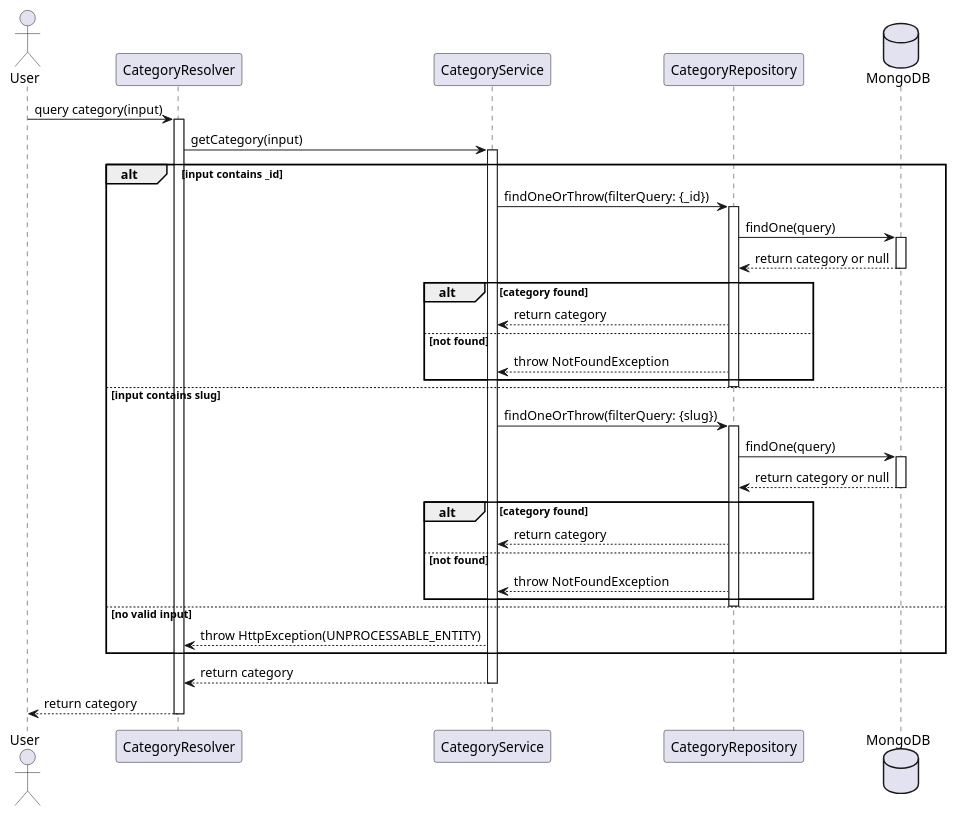
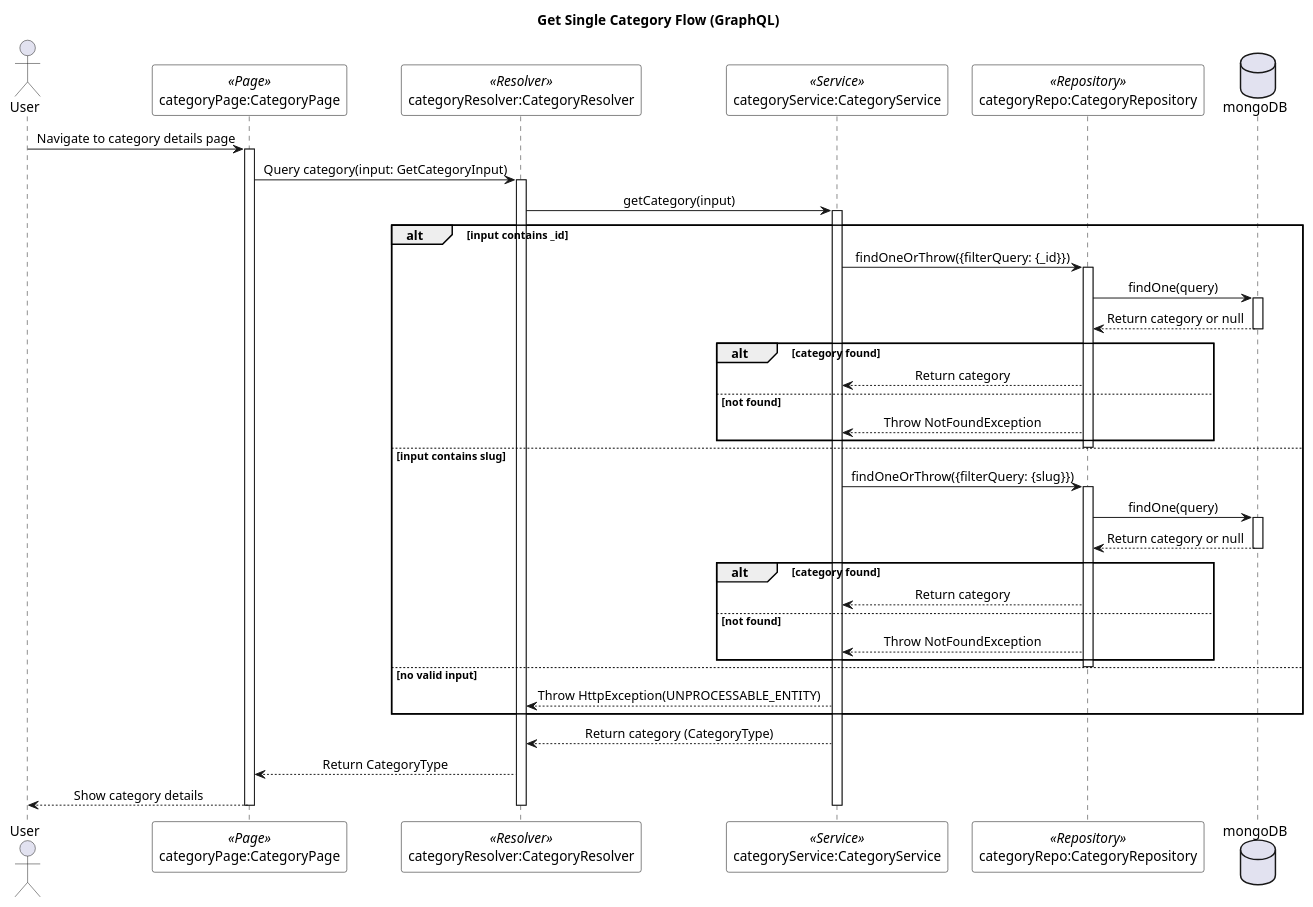
One commit to lehuygiang28/vphim changed the diagram in documents/diagram/sequences/categories/category_get_category.puml. Above: the diagram before and after it, drawn with PlantUML. The commit also changed other lines of this file and 4 other files, not shown here.

First line of the commit message:
refactor(diagrams/sequences/categories): 🛠️ update category management flow diagrams

```diff
--- a/documents/diagram/sequences/categories/category_get_category.puml
+++ b/documents/diagram/sequences/categories/category_get_category.puml
@@ -1,49 +1,67 @@
-@startuml Category - Get Single Category
+@startuml Get Single Category Flow
 
-actor "User" as Client
-participant "CategoryResolver" as Resolver
-participant "CategoryService" as Service
-participant "CategoryRepository" as Repo
-database "MongoDB" as DB
+skinparam SequenceMessageAlignment center
+skinparam SequenceBoxBackgroundColor white
+skinparam SequenceBoxBorderColor black
+skinparam NoteBackgroundColor lightyellow
+skinparam NoteBorderColor black
+skinparam ParticipantBackgroundColor white
+skinparam ParticipantBorderColor black
 
-Client -> Resolver: query category(input)
-activate Resolver
-Resolver -> Service: getCategory(input)
-activate Service
+title Get Single Category Flow (GraphQL)
+
+actor "User" as user
+participant "categoryPage:CategoryPage" as categoryPage <<Page>>
+participant "categoryResolver:CategoryResolver" as categoryResolver <<Resolver>>
+participant "categoryService:CategoryService" as categoryService <<Service>>
+participant "categoryRepo:CategoryRepository" as categoryRepo <<Repository>>
+database "mongoDB" as mongoDB
+
+user -> categoryPage : Navigate to category details page
+activate categoryPage
+
+categoryPage -> categoryResolver : Query category(input: GetCategoryInput)
+activate categoryResolver
+
+categoryResolver -> categoryService : getCategory(input)
+activate categoryService
 
 alt input contains _id
-    Service -> Repo: findOneOrThrow(filterQuery: {_id})
-    activate Repo
-    Repo -> DB: findOne(query)
-    activate DB
-    DB --> Repo: return category or null
-    deactivate DB
+    categoryService -> categoryRepo : findOneOrThrow({filterQuery: {_id}})
+    activate categoryRepo
+    categoryRepo -> mongoDB : findOne(query)
+    activate mongoDB
+    mongoDB --> categoryRepo : Return category or null
+    deactivate mongoDB
     alt category found
-        Repo --> Service: return category
+        categoryRepo --> categoryService : Return category
     else not found
-        Repo --> Service: throw NotFoundException
+        categoryRepo --> categoryService : Throw NotFoundException
     end
-    deactivate Repo
+    deactivate categoryRepo
 else input contains slug
-    Service -> Repo: findOneOrThrow(filterQuery: {slug})
-    activate Repo
-    Repo -> DB: findOne(query)
-    activate DB
-    DB --> Repo: return category or null
-    deactivate DB
+    categoryService -> categoryRepo : findOneOrThrow({filterQuery: {slug}})
+    activate categoryRepo
+    categoryRepo -> mongoDB : findOne(query)
+    activate mongoDB
+    mongoDB --> categoryRepo : Return category or null
+    deactivate mongoDB
     alt category found
-        Repo --> Service: return category
+        categoryRepo --> categoryService : Return category
     else not found
-        Repo --> Service: throw NotFoundException
+        categoryRepo --> categoryService : Throw NotFoundException
     end
-    deactivate Repo
+    deactivate categoryRepo
 else no valid input
-    Service --> Resolver: throw HttpException(UNPROCESSABLE_ENTITY)
+    categoryService --> categoryResolver : Throw HttpException(UNPROCESSABLE_ENTITY)
 end
 
-Service --> Resolver: return category
-deactivate Service
-Resolver --> Client: return category
-deactivate Resolver
+categoryService --> categoryResolver : Return category (CategoryType)
+categoryResolver --> categoryPage : Return CategoryType
+categoryPage --> user : Show category details
+
+deactivate categoryService
+deactivate categoryResolver
+deactivate categoryPage
 
 @enduml
```
